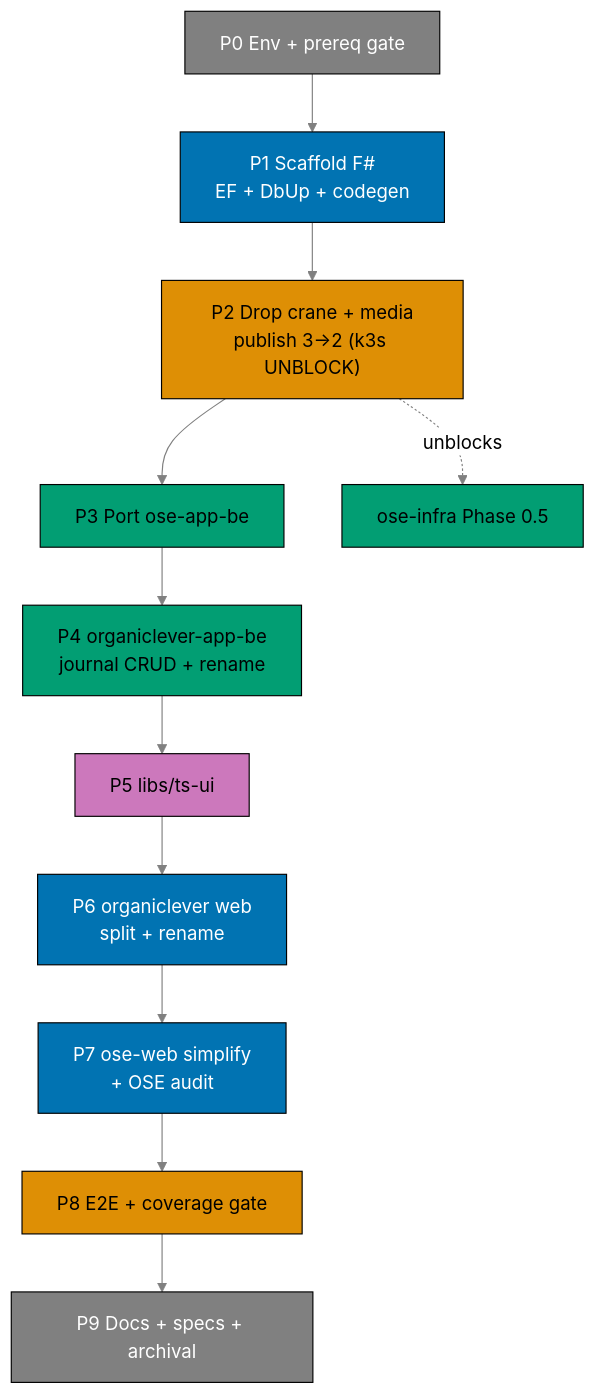
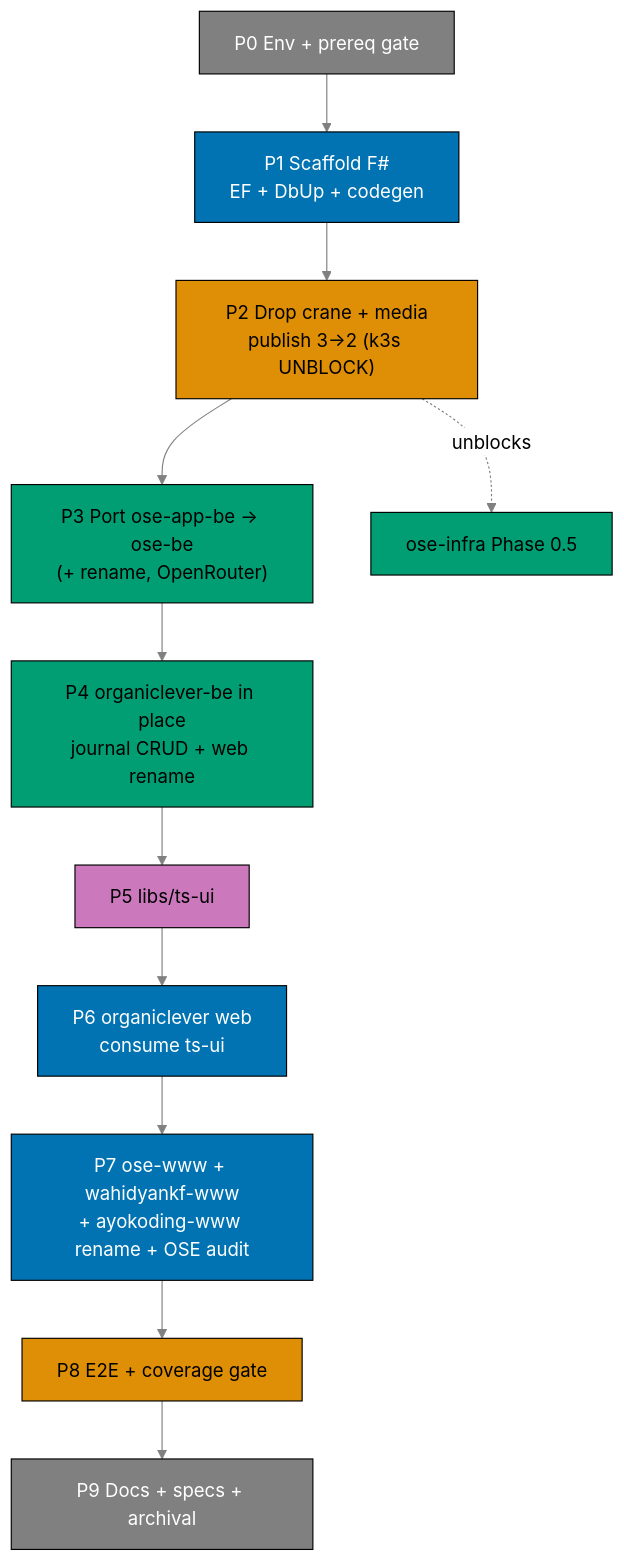
One commit to wahidyankf/baseerah changed the diagram in plans/in-progress/restructure-fsharp-be-and-web-app-tiers/delivery.md. Above: the diagram before and after it, drawn with Mermaid (neutral theme). The commit also changed other lines of this file and 2 other files, not shown here.

First line of the commit message:
docs(plans): update restructure plan frontmatter + content for generic -be + -www renames

````diff
--- a/plans/in-progress/restructure-fsharp-be-and-web-app-tiers/delivery.md
+++ b/plans/in-progress/restructure-fsharp-be-and-web-app-tiers/delivery.md
@@ -53,31 +68,31 @@
 ```mermaid
 %% Color-blind-friendly palette: blue #0173B2, orange #DE8F05, green #029E73, purple #CC78BC, grey #808080
 flowchart TB
   P0["P0 Env + prereq gate"]
   P1["P1 Scaffold F#<br/>EF + DbUp + codegen"]
   P2["P2 Drop crane + media<br/>publish 3→2 (k3s UNBLOCK)"]
-  P3["P3 Port ose-app-be"]
-  P4["P4 organiclever-app-be<br/>journal CRUD + rename"]
+  P3["P3 Port ose-app-be → ose-be<br/>(+ rename, OpenRouter)"]
+  P4["P4 organiclever-be in place<br/>journal CRUD + web rename"]
   P5["P5 libs/ts-ui"]
-  P6["P6 organiclever web<br/>split + rename"]
-  P7["P7 ose-web simplify<br/>+ OSE audit"]
+  P6["P6 organiclever web<br/>consume ts-ui"]
+  P7["P7 ose-www + wahidyankf-www<br/>+ ayokoding-www rename + OSE audit"]
   P8["P8 E2E + coverage gate"]
   P9["P9 Docs + specs + archival"]
 
   P0 --> P1 --> P2 --> P3 --> P4 --> P5 --> P6 --> P7 --> P8 --> P9
   P2 -.unblocks.-> KGATE["ose-infra Phase 0.5"]
 
   linkStyle default stroke:#808080,stroke-width:1px
 
   style P0 fill:#808080,stroke:#000000,color:#FFFFFF
   style P1 fill:#0173B2,stroke:#000000,color:#FFFFFF
   style P2 fill:#DE8F05,stroke:#000000,color:#000000
   style P3 fill:#029E73,stroke:#000000,color:#000000
   style P4 fill:#029E73,stroke:#000000,color:#000000
   style P5 fill:#CC78BC,stroke:#000000,color:#000000
   style P6 fill:#0173B2,stroke:#000000,color:#FFFFFF
   style P7 fill:#0173B2,stroke:#000000,color:#FFFFFF
   style P8 fill:#DE8F05,stroke:#000000,color:#000000
   style P9 fill:#808080,stroke:#000000,color:#FFFFFF
   style KGATE fill:#029E73,stroke:#000000,color:#000000
 ```
````
